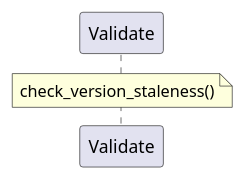
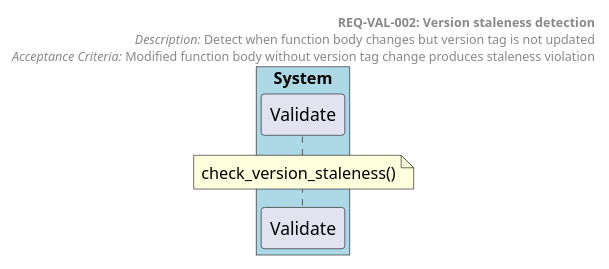
Before and after one commit to tvanfossen/doxygen-guard: the diagram in docs/generated/sequences/REQ-VAL-002.puml, drawn with PlantUML. The commit also changed 18 other files, not shown here.

```diff
--- a/docs/generated/sequences/REQ-VAL-002.puml
+++ b/docs/generated/sequences/REQ-VAL-002.puml
@@ -1,8 +1,16 @@
-@startuml REQ-VAL-002
+@startuml REQ-VAL-002 Version staleness detection
 autonumber
 
-participant "Validate" as Validate
+box "System" #LightBlue
+  participant "Validate" as Validate
+end box
+
+header
+  **REQ-VAL-002: Version staleness detection**
+  //Description:// Detect when function body changes but version tag is not updated
+  //Acceptance Criteria:// Modified function body without version tag change produces staleness violation
+end header
 
 note over Validate: check_version_staleness()
 
 @enduml
```
